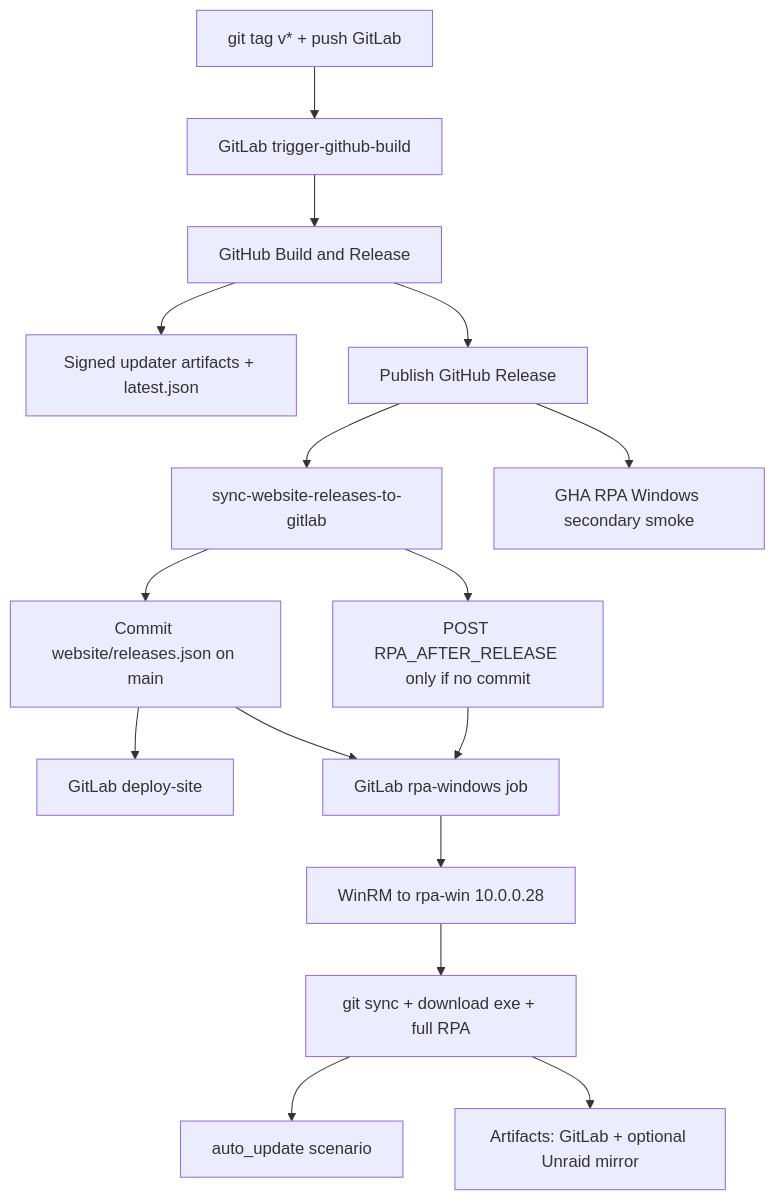
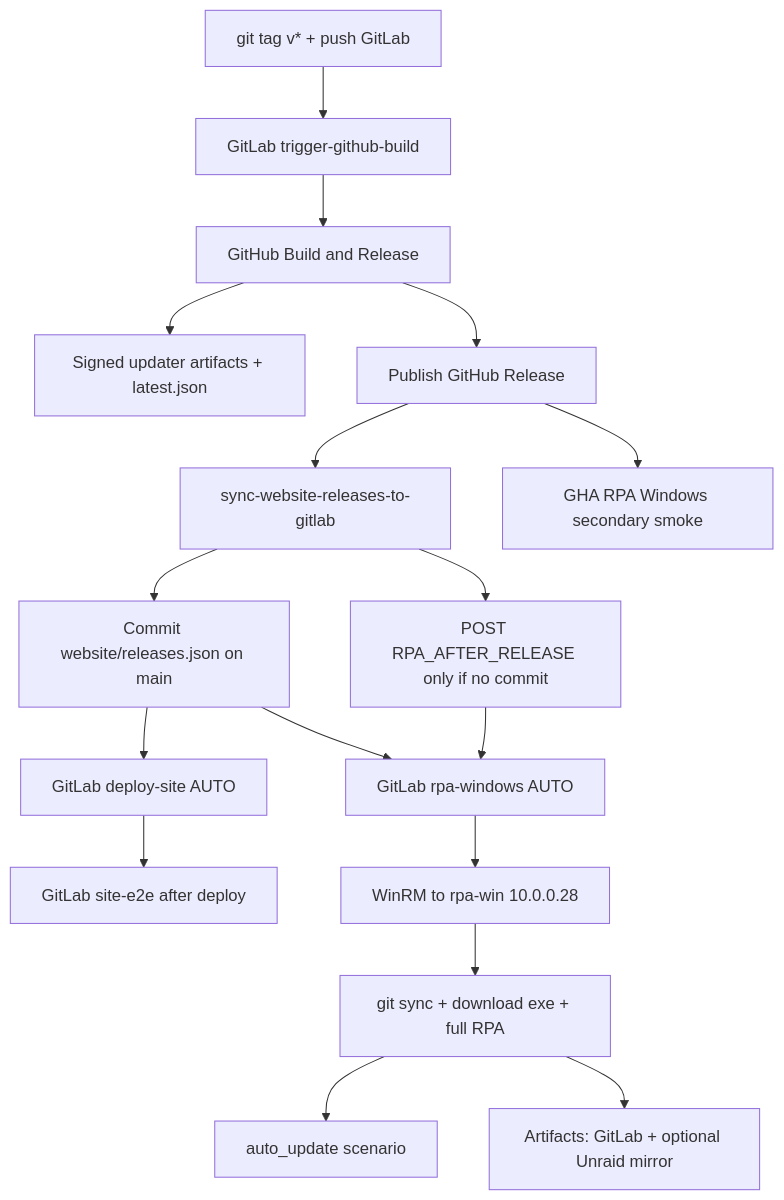
One commit to dadhatdaniel/void-browser changed the diagram in docs/RELEASE_PIPELINE.md. Above: the diagram before and after it, drawn with Mermaid. The commit also changed other lines of this file and 1 other file, not shown here.

First line of the commit message:
Fix CI stage order so site-e2e runs after deploy-site.

````diff
--- a/docs/RELEASE_PIPELINE.md
+++ b/docs/RELEASE_PIPELINE.md
@@ -5,18 +5,19 @@
 ```mermaid
 flowchart TD
   A["git tag v* + push GitLab"] --> B["GitLab trigger-github-build"]
   B --> C["GitHub Build and Release"]
   C --> D["Signed updater artifacts + latest.json"]
   C --> E["Publish GitHub Release"]
   E --> F["sync-website-releases-to-gitlab"]
   F --> G["Commit website/releases.json on main"]
-  G --> H["GitLab deploy-site"]
-  G --> J["GitLab rpa-windows job"]
-  F --> I["POST RPA_AFTER_RELEASE only if no commit"]
-  I --> J
-  J --> K["WinRM to rpa-win 10.0.0.28"]
-  K --> L["git sync + download exe + full RPA"]
-  L --> M["auto_update scenario"]
-  L --> N["Artifacts: GitLab + optional Unraid mirror"]
-  E --> O["GHA RPA Windows secondary smoke"]
+  G --> H["GitLab deploy-site AUTO"]
+  H --> I["GitLab site-e2e after deploy"]
+  G --> J["GitLab rpa-windows AUTO"]
+  F --> K["POST RPA_AFTER_RELEASE only if no commit"]
+  K --> J
+  J --> L["WinRM to rpa-win 10.0.0.28"]
+  L --> M["git sync + download exe + full RPA"]
+  M --> N["auto_update scenario"]
+  M --> O["Artifacts: GitLab + optional Unraid mirror"]
+  E --> P["GHA RPA Windows secondary smoke"]
 ```
````
